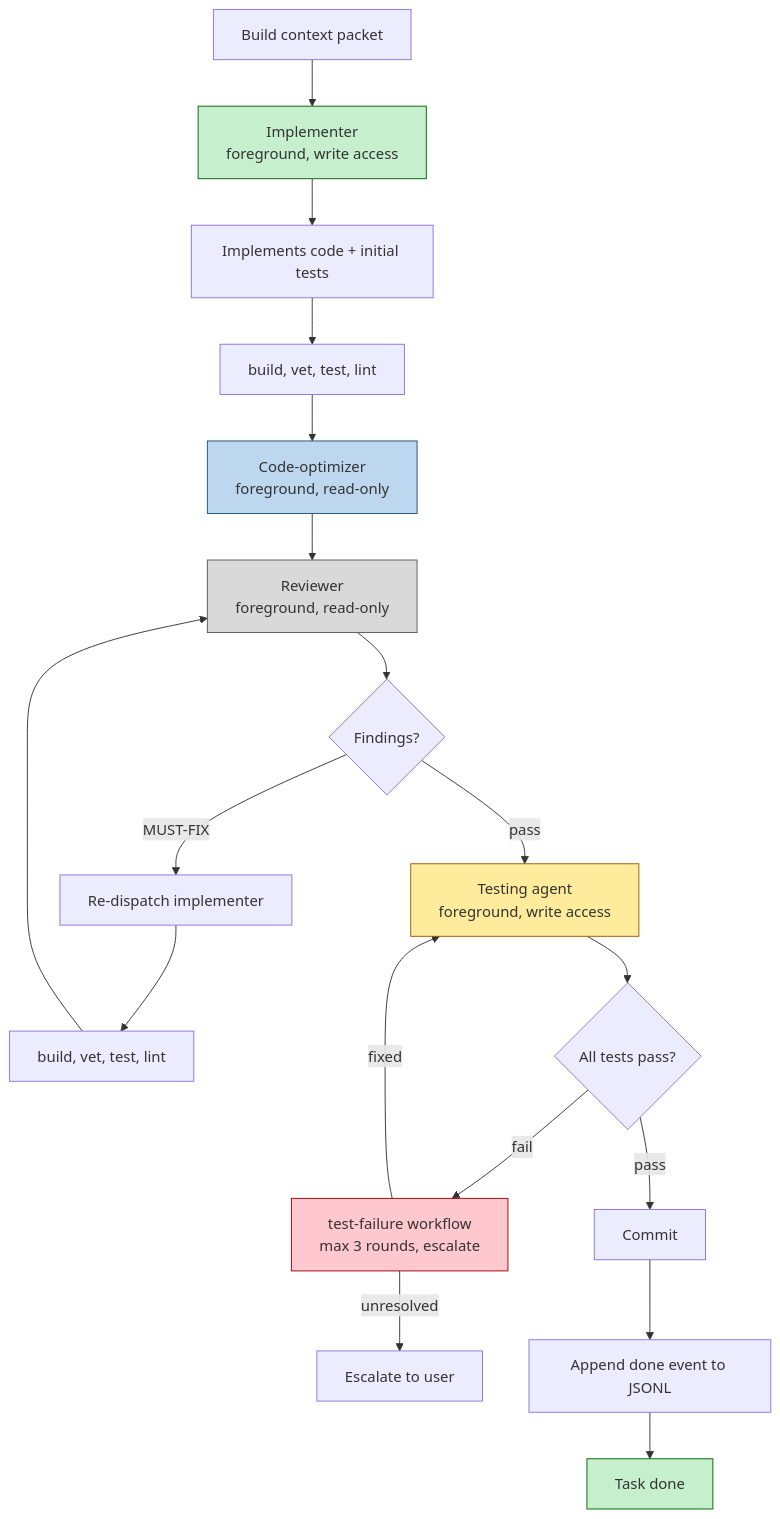
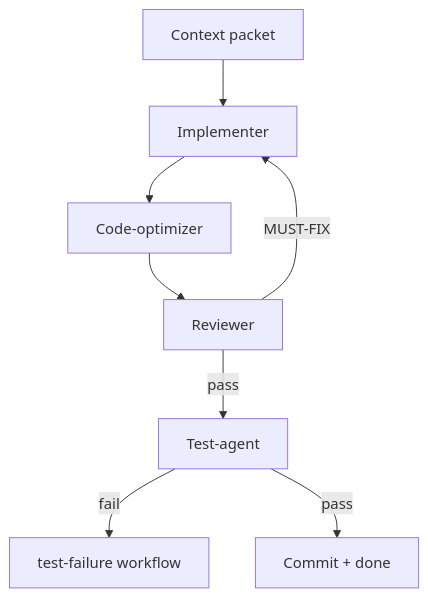
The third of 3 diagrams in src/workflows/overview.md (bperin/project-context), drawn with Mermaid before and after one commit. The commit also changed other lines of this file and 10 other files, not shown here.

````diff
--- a/src/workflows/overview.md
+++ b/src/workflows/overview.md
@@ -83,27 +38,10 @@
 ```mermaid
 flowchart TD
-    CTX["Build context packet"] --> P["Implementer<br/>foreground, write access"]
-    P --> CODE["Implements code + initial tests"]
-    CODE --> V1["build, vet, test, lint"]
-    V1 --> CO["Code-optimizer<br/>foreground, read-only"]
-    CO --> CR["Reviewer<br/>foreground, read-only"]
-    CR --> CRC{"Findings?"}
-    CRC -->|MUST-FIX| BACK1["Re-dispatch implementer"]
-    BACK1 --> V2["build, vet, test, lint"]
-    V2 --> CR
-    CRC -->|pass| TA["Testing agent<br/>foreground, write access"]
-    TA --> TAC{"All tests pass?"}
-    TAC -->|fail| TF["test-failure workflow<br/>max 3 rounds, escalate"]
-    TF -->|fixed| TA
-    TF -->|unresolved| ESC["Escalate to user"]
-    TAC -->|pass| COM["Commit"]
-    COM --> JSONL["Append done event to JSONL"]
-    JSONL --> DONE["Task done"]
-
-    style P fill:#C6EFCE,stroke:#006100
-    style CO fill:#BDD7EE,stroke:#1F4E79
-    style CR fill:#D9D9D9,stroke:#595959
-    style TA fill:#FFEB9C,stroke:#9C5700
-    style TF fill:#FFC7CE,stroke:#9C0006
-    style DONE fill:#C6EFCE,stroke:#006100
+    CTX["Context packet"] --> P["Implementer"]
+    P --> CO["Code-optimizer"]
+    CO --> CR["Reviewer"]
+    CR -->|"MUST-FIX"| P
+    CR -->|pass| TA["Test-agent"]
+    TA -->|"fail"| TF["test-failure workflow"]
+    TA -->|pass| COM["Commit + done"]
 ```
````
